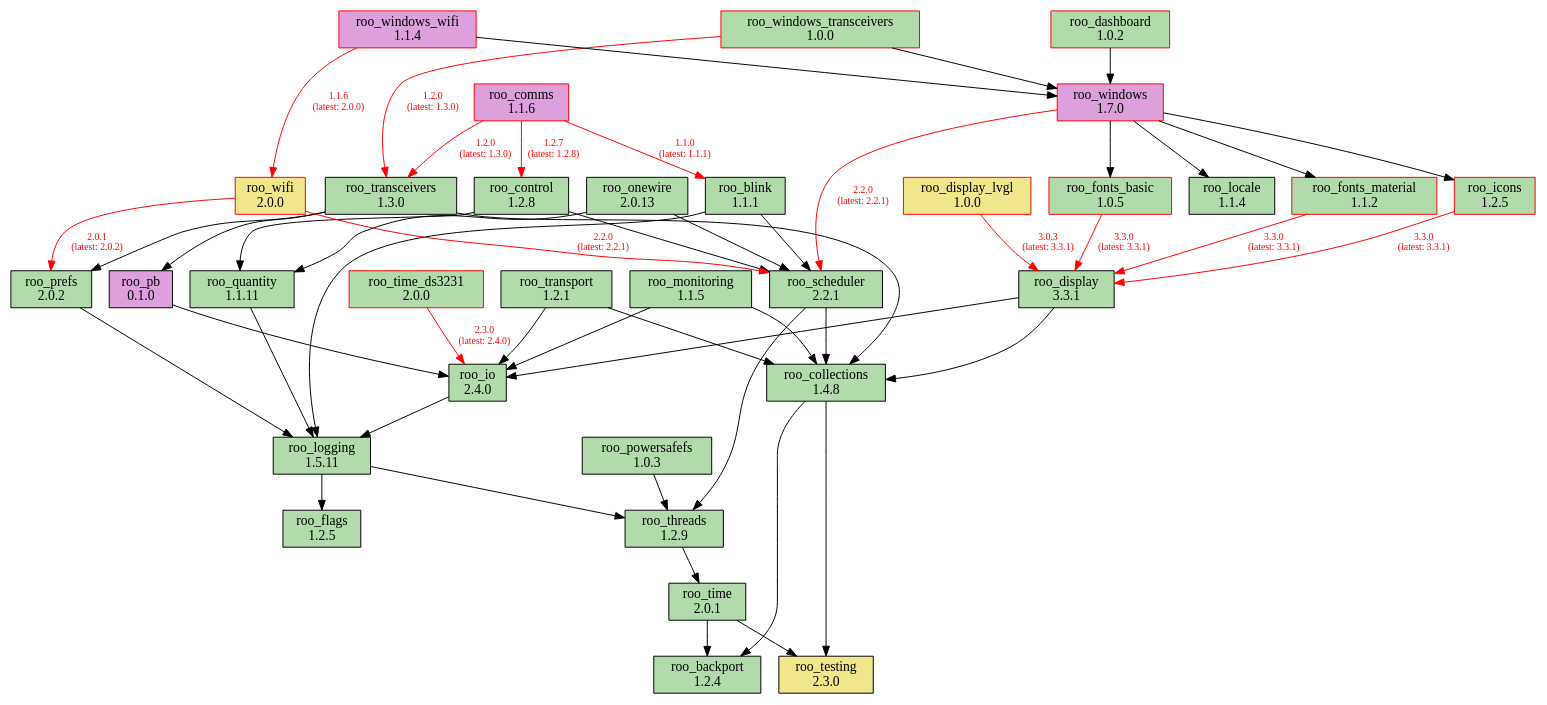
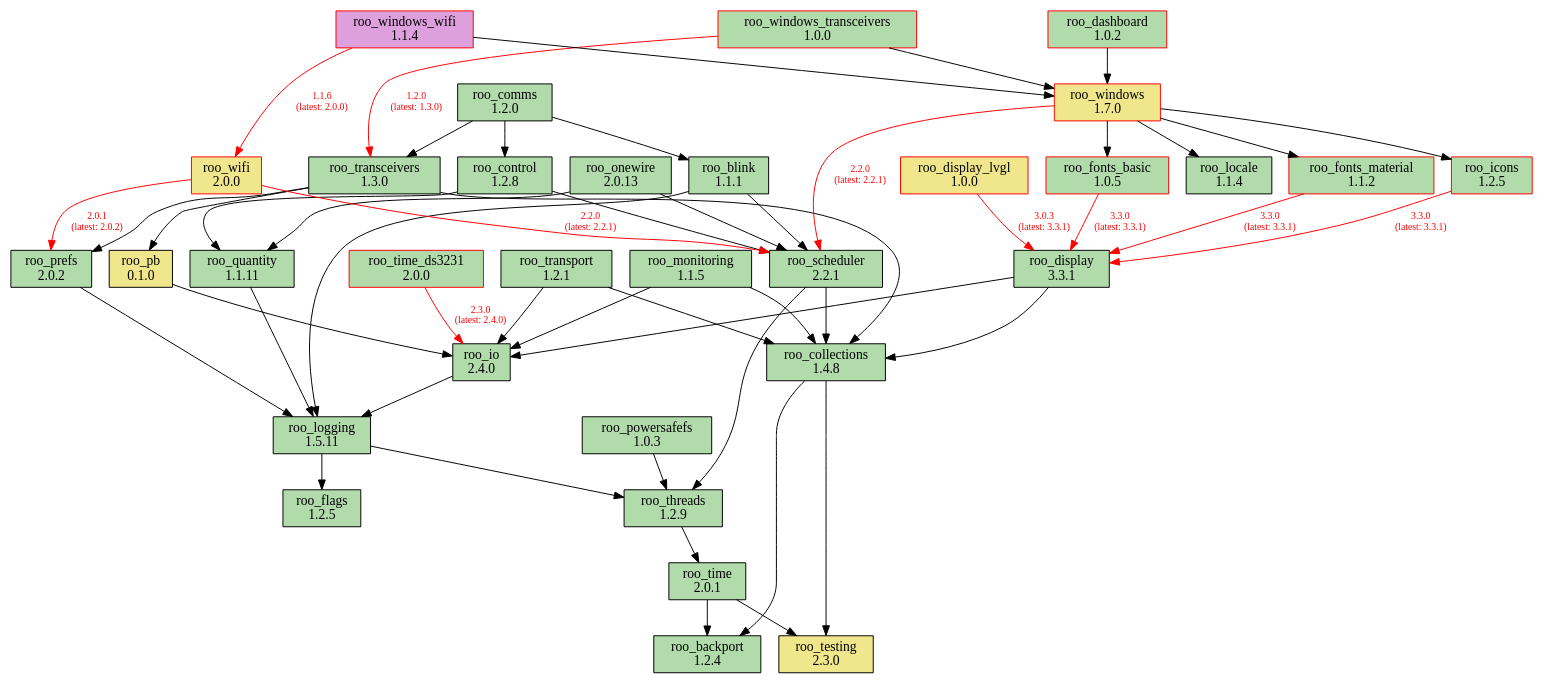
One commit to dejwk/roo-registry changed the diagram in doc/dependencies.dot. Above: the diagram before and after it, drawn with Graphviz. The commit also changed 3 other files, not shown here.

Commit message:
Added roo_comms 1.2.0 to the registry.

```diff
--- a/doc/dependencies.dot
+++ b/doc/dependencies.dot
@@ -1,90 +1,90 @@
 digraph dependencies {
     rankdir=TB;
     node [shape=box, style=filled];
     edge [fontsize=10];
 
     // Modules
     "roo_backport" [label="roo_backport\n1.2.4", fillcolor="#b1dbab", color="black"];
     "roo_blink" [label="roo_blink\n1.1.1", fillcolor="#b1dbab", color="black"];
     "roo_collections" [label="roo_collections\n1.4.8", fillcolor="#b1dbab", color="black"];
-    "roo_comms" [label="roo_comms\n1.1.6", fillcolor="plum", color="red"];
+    "roo_comms" [label="roo_comms\n1.2.0", fillcolor="#b1dbab", color="black"];
     "roo_control" [label="roo_control\n1.2.8", fillcolor="#b1dbab", color="black"];
     "roo_dashboard" [label="roo_dashboard\n1.0.2", fillcolor="#b1dbab", color="red"];
     "roo_display" [label="roo_display\n3.3.1", fillcolor="#b1dbab", color="black"];
     "roo_display_lvgl" [label="roo_display_lvgl\n1.0.0", fillcolor="khaki", color="red"];
     "roo_flags" [label="roo_flags\n1.2.5", fillcolor="#b1dbab", color="black"];
     "roo_fonts_basic" [label="roo_fonts_basic\n1.0.5", fillcolor="#b1dbab", color="red"];
     "roo_fonts_material" [label="roo_fonts_material\n1.1.2", fillcolor="#b1dbab", color="red"];
     "roo_icons" [label="roo_icons\n1.2.5", fillcolor="#b1dbab", color="red"];
     "roo_io" [label="roo_io\n2.4.0", fillcolor="#b1dbab", color="black"];
     "roo_locale" [label="roo_locale\n1.1.4", fillcolor="#b1dbab", color="black"];
     "roo_logging" [label="roo_logging\n1.5.11", fillcolor="#b1dbab", color="black"];
     "roo_monitoring" [label="roo_monitoring\n1.1.5", fillcolor="#b1dbab", color="black"];
     "roo_onewire" [label="roo_onewire\n2.0.13", fillcolor="#b1dbab", color="black"];
-    "roo_pb" [label="roo_pb\n0.1.0", fillcolor="plum", color="black"];
+    "roo_pb" [label="roo_pb\n0.1.0", fillcolor="khaki", color="black"];
     "roo_powersafefs" [label="roo_powersafefs\n1.0.3", fillcolor="#b1dbab", color="black"];
     "roo_prefs" [label="roo_prefs\n2.0.2", fillcolor="#b1dbab", color="black"];
     "roo_quantity" [label="roo_quantity\n1.1.11", fillcolor="#b1dbab", color="black"];
     "roo_scheduler" [label="roo_scheduler\n2.2.1", fillcolor="#b1dbab", color="black"];
     "roo_testing" [label="roo_testing\n2.3.0", fillcolor="khaki", color="black"];
     "roo_threads" [label="roo_threads\n1.2.9", fillcolor="#b1dbab", color="black"];
     "roo_time" [label="roo_time\n2.0.1", fillcolor="#b1dbab", color="black"];
     "roo_time_ds3231" [label="roo_time_ds3231\n2.0.0", fillcolor="#b1dbab", color="red"];
     "roo_transceivers" [label="roo_transceivers\n1.3.0", fillcolor="#b1dbab", color="black"];
     "roo_transport" [label="roo_transport\n1.2.1", fillcolor="#b1dbab", color="black"];
     "roo_wifi" [label="roo_wifi\n2.0.0", fillcolor="khaki", color="red"];
-    "roo_windows" [label="roo_windows\n1.7.0", fillcolor="plum", color="red"];
+    "roo_windows" [label="roo_windows\n1.7.0", fillcolor="khaki", color="red"];
     "roo_windows_transceivers" [label="roo_windows_transceivers\n1.0.0", fillcolor="#b1dbab", color="red"];
     "roo_windows_wifi" [label="roo_windows_wifi\n1.1.4", fillcolor="plum", color="red"];
 
     // Dependencies
     "roo_blink" -> "roo_logging";
     "roo_blink" -> "roo_scheduler";
     "roo_collections" -> "roo_testing";
     "roo_collections" -> "roo_backport";
-    "roo_comms" -> "roo_blink" [color=red, fontcolor=red, label="1.1.0\n(latest: 1.1.1)"];
-    "roo_comms" -> "roo_control" [color=red, fontcolor=red, label="1.2.7\n(latest: 1.2.8)"];
-    "roo_comms" -> "roo_transceivers" [color=red, fontcolor=red, label="1.2.0\n(latest: 1.3.0)"];
+    "roo_comms" -> "roo_blink";
+    "roo_comms" -> "roo_control";
+    "roo_comms" -> "roo_transceivers";
     "roo_control" -> "roo_quantity";
     "roo_control" -> "roo_scheduler";
     "roo_dashboard" -> "roo_windows";
     "roo_display" -> "roo_collections";
     "roo_display" -> "roo_io";
     "roo_display_lvgl" -> "roo_display" [color=red, fontcolor=red, label="3.0.3\n(latest: 3.3.1)"];
     "roo_fonts_basic" -> "roo_display" [color=red, fontcolor=red, label="3.3.0\n(latest: 3.3.1)"];
     "roo_fonts_material" -> "roo_display" [color=red, fontcolor=red, label="3.3.0\n(latest: 3.3.1)"];
     "roo_icons" -> "roo_display" [color=red, fontcolor=red, label="3.3.0\n(latest: 3.3.1)"];
     "roo_io" -> "roo_logging";
     "roo_logging" -> "roo_flags";
     "roo_logging" -> "roo_threads";
     "roo_monitoring" -> "roo_collections";
     "roo_monitoring" -> "roo_io";
     "roo_onewire" -> "roo_scheduler";
     "roo_onewire" -> "roo_quantity";
     "roo_pb" -> "roo_io";
     "roo_powersafefs" -> "roo_threads";
     "roo_prefs" -> "roo_logging";
     "roo_quantity" -> "roo_logging";
     "roo_scheduler" -> "roo_collections";
     "roo_scheduler" -> "roo_threads";
     "roo_threads" -> "roo_time";
     "roo_time" -> "roo_testing";
     "roo_time" -> "roo_backport";
     "roo_time_ds3231" -> "roo_io" [color=red, fontcolor=red, label="2.3.0\n(latest: 2.4.0)"];
     "roo_transceivers" -> "roo_pb";
     "roo_transceivers" -> "roo_collections";
     "roo_transceivers" -> "roo_prefs";
     "roo_transport" -> "roo_collections";
     "roo_transport" -> "roo_io";
     "roo_wifi" -> "roo_prefs" [color=red, fontcolor=red, label="2.0.1\n(latest: 2.0.2)"];
     "roo_wifi" -> "roo_scheduler" [color=red, fontcolor=red, label="2.2.0\n(latest: 2.2.1)"];
     "roo_windows" -> "roo_fonts_basic";
     "roo_windows" -> "roo_fonts_material";
     "roo_windows" -> "roo_locale";
     "roo_windows" -> "roo_icons";
     "roo_windows" -> "roo_scheduler" [color=red, fontcolor=red, label="2.2.0\n(latest: 2.2.1)"];
     "roo_windows_transceivers" -> "roo_transceivers" [color=red, fontcolor=red, label="1.2.0\n(latest: 1.3.0)"];
     "roo_windows_transceivers" -> "roo_windows";
     "roo_windows_wifi" -> "roo_wifi" [color=red, fontcolor=red, label="1.1.6\n(latest: 2.0.0)"];
     "roo_windows_wifi" -> "roo_windows";
 }
```
